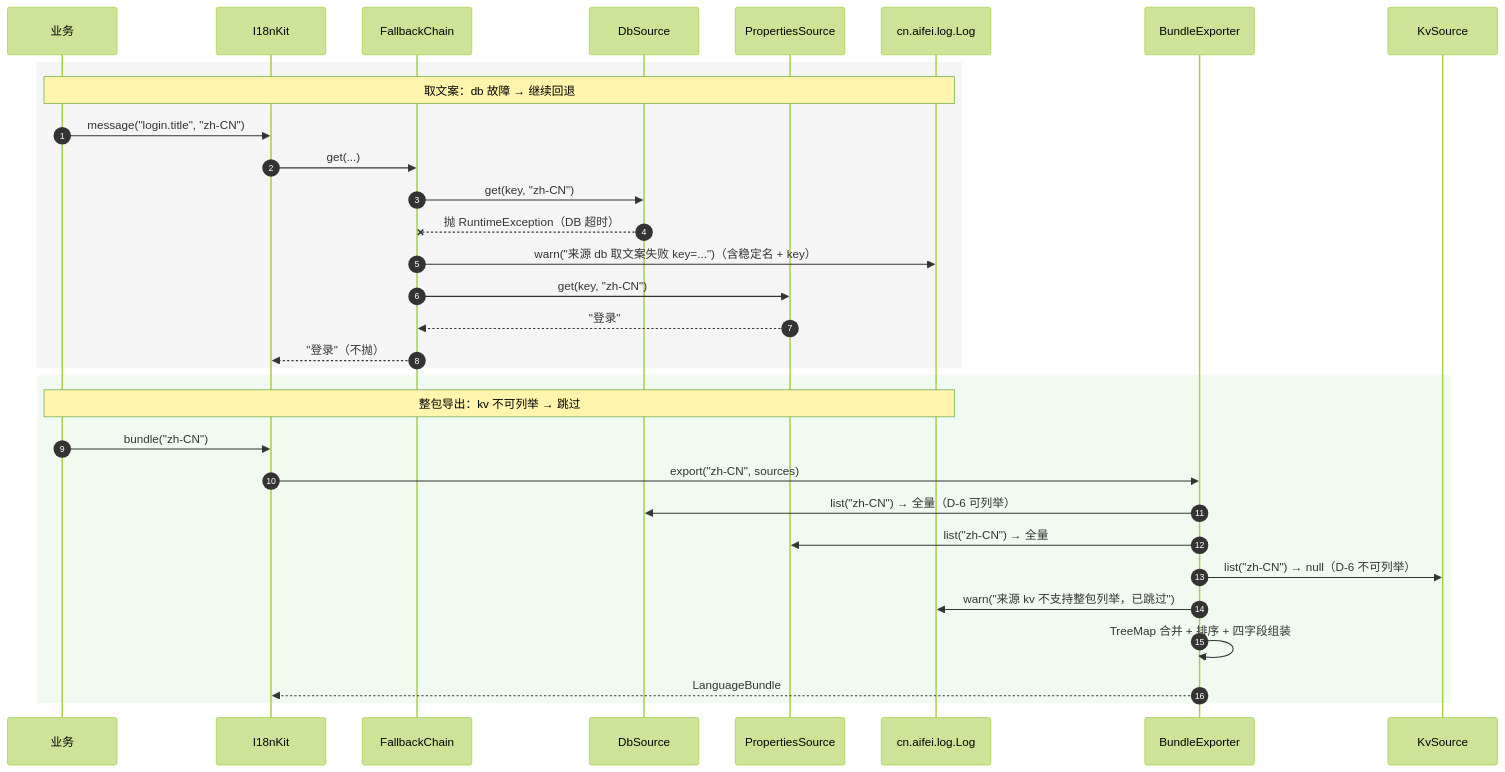
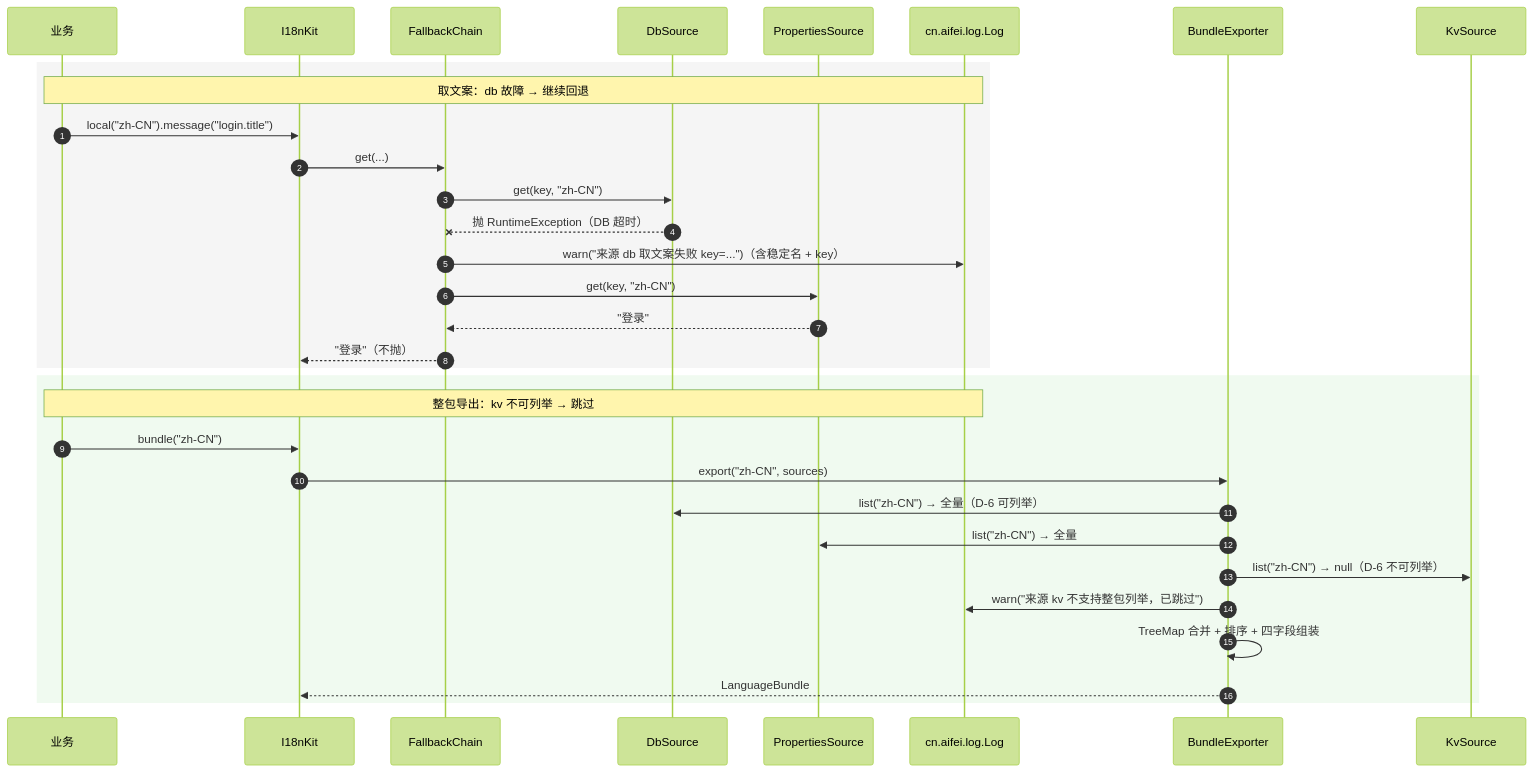
Before and after one commit to gollyhu/aifei-eco-modules: the fourth of 7 diagrams in aifei-i18n/docs/design.md, drawn with Mermaid (forest theme). The commit also changed other lines of this file and 16 other files, not shown here.

Commit message:
refactor: I18nKit 取文案改为显式 local(localeTag) 链式入口与默认 message(key, args) 两入口，key 校验下沉至 engine 统一抛出

````diff
--- a/aifei-i18n/docs/design.md
+++ b/aifei-i18n/docs/design.md
@@ -968,36 +1001,36 @@
 ```mermaid
 sequenceDiagram
     autonumber
     participant Biz as 业务
     participant Kit as I18nKit
     participant FC as FallbackChain
     participant DB as DbSource
     participant PR as PropertiesSource
     participant Log as cn.aifei.log.Log
     participant BE as BundleExporter
     participant KV as KvSource
 
     rect rgb(245,245,245)
     Note over Biz,Log: 取文案：db 故障 → 继续回退
-    Biz->>Kit: message("login.title", "zh-CN")
+    Biz->>Kit: local("zh-CN").message("login.title")
     Kit->>FC: get(...)
     FC->>DB: get(key, "zh-CN")
     DB--xFC: 抛 RuntimeException（DB 超时）
     FC->>Log: warn("来源 db 取文案失败 key=...")（含稳定名 + key）
     FC->>PR: get(key, "zh-CN")
     PR-->>FC: "登录"
     FC-->>Kit: "登录"（不抛）
     end
 
     rect rgb(240,250,240)
     Note over Biz,Log: 整包导出：kv 不可列举 → 跳过
     Biz->>Kit: bundle("zh-CN")
     Kit->>BE: export("zh-CN", sources)
     BE->>DB: list("zh-CN") → 全量（D-6 可列举）
     BE->>PR: list("zh-CN") → 全量
     BE->>KV: list("zh-CN") → null（D-6 不可列举）
     BE->>Log: warn("来源 kv 不支持整包列举，已跳过")
     BE->>BE: TreeMap 合并 + 排序 + 四字段组装
     BE-->>Kit: LanguageBundle
     end
 ```
````
